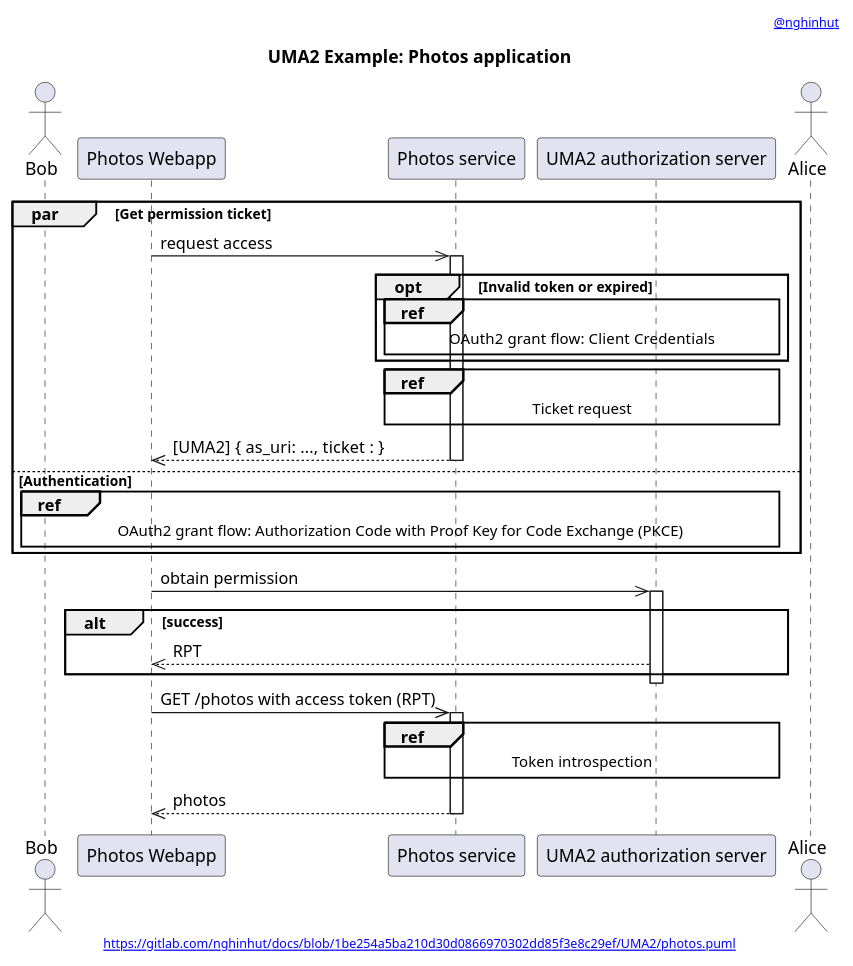
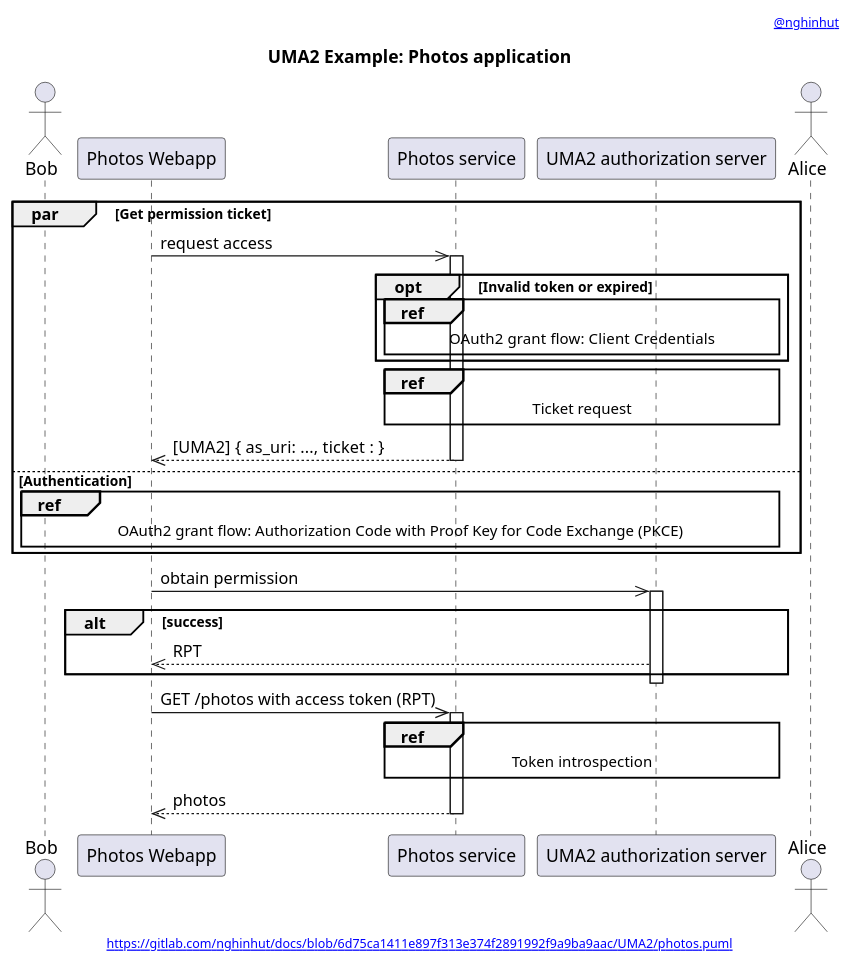
The diagram in UMA2/photos.apps.puml (nghinhut/docs), drawn with PlantUML before and after one commit. The commit also changed 23 other files, not shown here.

Commit message:
Update diagrams

```diff
--- a/UMA2/photos.apps.puml
+++ b/UMA2/photos.apps.puml
@@ -1,43 +1,43 @@
 @startuml
 '-----START auto generated metadata please keep comment here to allow auto update-----
 '-----DON'T EDIT THIS SECTION, INSTEAD RE-RUN prebuild.sh TO UPDATE-----
-header [[https://www.nghinhut.dev?from=http%5C%3A%5C%2F%5C%2Fwww%5C.plantuml%5C.com%5C%2Fplantuml%5C%2Fproxy%3Ffmt%3Dsvg%5C%26src%3Dhttps%5C%3A%5C%2F%5C%2Fgitlab%5C.com%5C%2Fnghinhut%5C%2Fdocs%5C%2Fraw%5C%2F1be254a5ba210d30d0866970302dd85f3e8c29ef%5C%2FUMA2%5C%2Fphotos%5C.puml%0A @nghinhut]]
-footer [[http://www.plantuml.com/plantuml/proxy?fmt=svg&src=https://gitlab.com/nghinhut/docs/raw/1be254a5ba210d30d0866970302dd85f3e8c29ef/UMA2/photos.puml https://gitlab.com/nghinhut/docs/blob/1be254a5ba210d30d0866970302dd85f3e8c29ef/UMA2/photos.puml]]
+header [[https://www.nghinhut.dev?from=http%5C%3A%5C%2F%5C%2Fwww%5C.plantuml%5C.com%5C%2Fplantuml%5C%2Fproxy%3Ffmt%3Dsvg%5C%26src%3Dhttps%5C%3A%5C%2F%5C%2Fgitlab%5C.com%5C%2Fnghinhut%5C%2Fdocs%5C%2Fraw%5C%2F6d75ca1411e897f313e374f2891992f9a9ba9aac%5C%2FUMA2%5C%2Fphotos%5C.puml%0A @nghinhut]]
+footer [[http://www.plantuml.com/plantuml/proxy?fmt=svg&src=https://gitlab.com/nghinhut/docs/raw/6d75ca1411e897f313e374f2891992f9a9ba9aac/UMA2/photos.puml https://gitlab.com/nghinhut/docs/blob/6d75ca1411e897f313e374f2891992f9a9ba9aac/UMA2/photos.puml]]
 '-----END auto generated metadata please keep comment here to allow auto update-----
 title UMA2 Example: Photos application
 
 actor "Bob" as rp
 participant "Photos Webapp" as client
 participant "Photos service" as rs
 participant "UMA2 authorization server" as as
 actor "Alice" as ro
 
 par Get permission ticket
     client ->> rs : request access
     activate rs
 
     opt Invalid token or expired
         ref over rs, as : OAuth2 grant flow: Client  Credentials
     end
 
     ref over rs, as : Ticket request
 
     client <<-- rs : [UMA2] { as_uri: ...,  ticket : }
     deactivate rs
 else Authentication
     ref over rp, as : OAuth2 grant flow: Authorization Code with Proof Key for Code Exchange (PKCE)
 end
 
 client ->> as : obtain permission
 activate as
 alt success
 client <<-- as : RPT
 end
 deactivate as
 
 client ->> rs : GET /photos with access token (RPT)
 activate rs
 ref over rs, as : Token introspection
 client <<-- rs : photos
 deactivate rs
 @enduml
```
